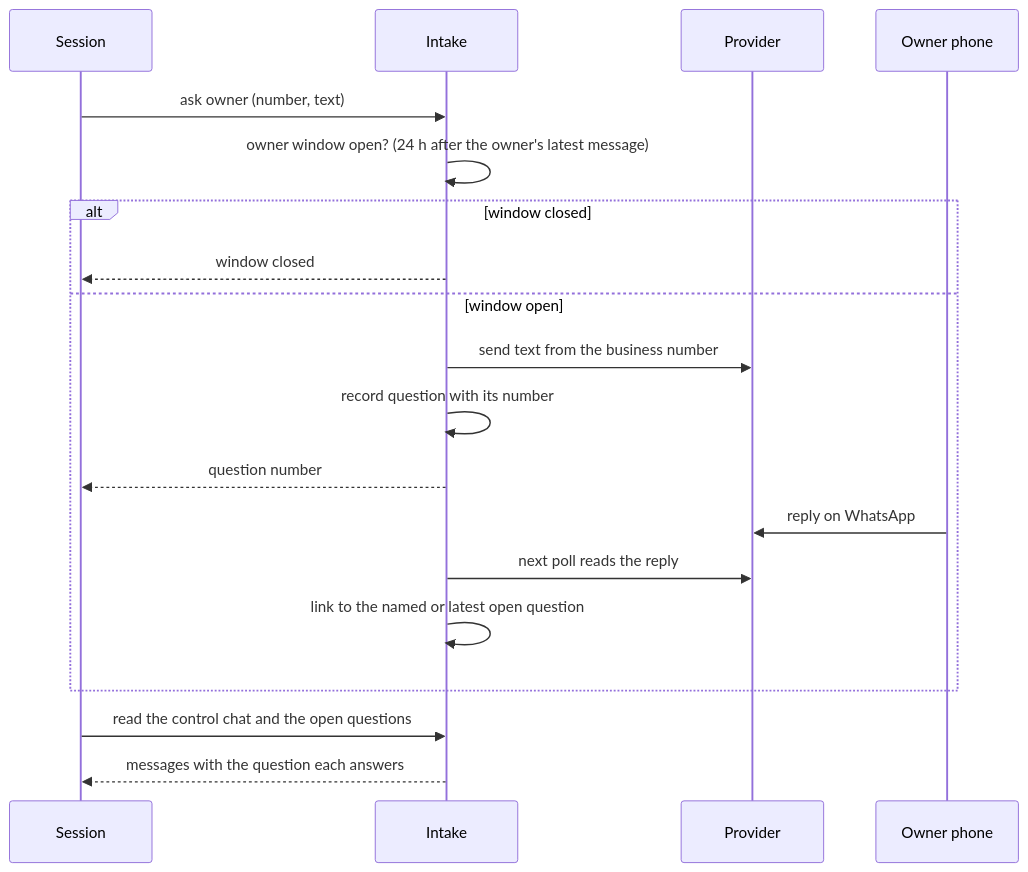
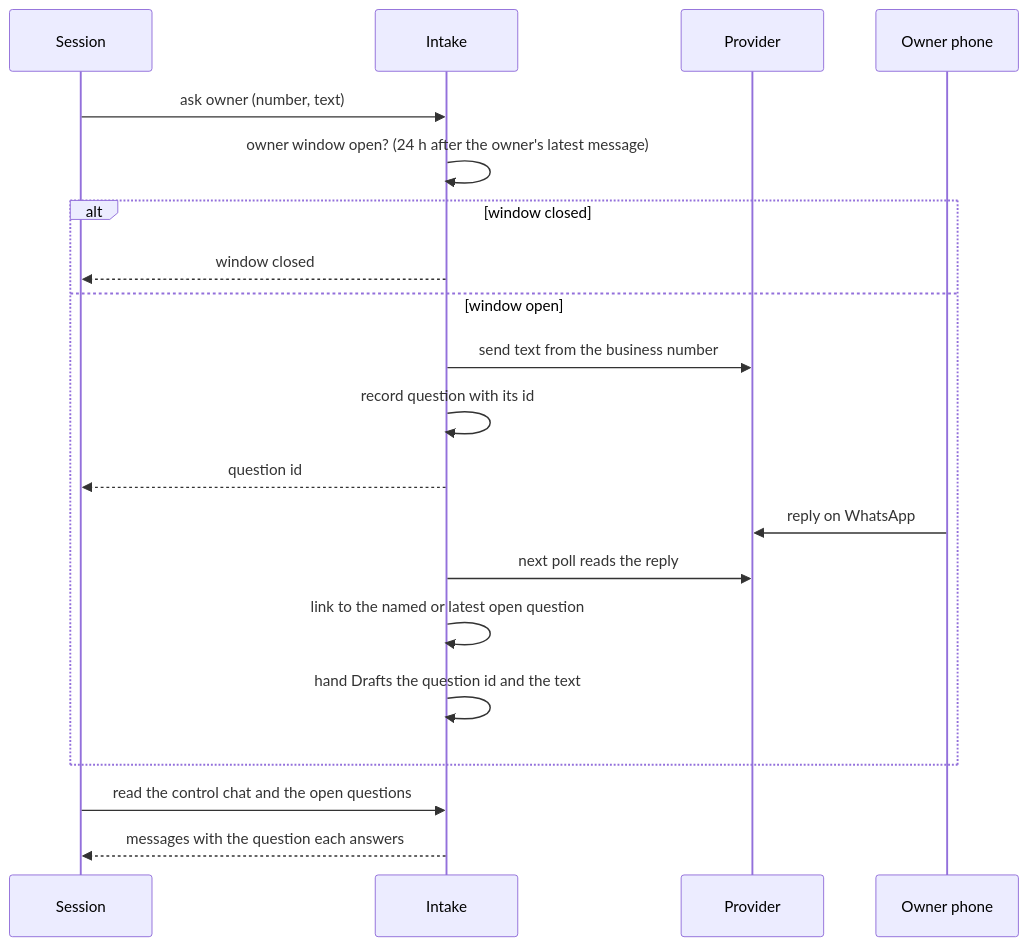
Before and after one commit to antonygiomarxdev/deputy: the second of 2 diagrams in docs/intake/tp/TP-05-pilot-owner-chat-and-tools.md, drawn with Mermaid. The commit also changed other lines of this file and 6 other files, not shown here.

Commit message:
docs: give the question a string id and hand the linked reply to Drafts

````diff
--- a/docs/intake/tp/TP-05-pilot-owner-chat-and-tools.md
+++ b/docs/intake/tp/TP-05-pilot-owner-chat-and-tools.md
@@ -80,21 +80,22 @@
 ```mermaid
 sequenceDiagram
   participant S as Session
   participant I as Intake
   participant P as Provider
   participant O as Owner phone
   S->>I: ask owner (number, text)
   I->>I: owner window open? (24 h after the owner's latest message)
   alt window closed
     I-->>S: window closed
   else window open
     I->>P: send text from the business number
-    I->>I: record question with its number
-    I-->>S: question number
+    I->>I: record question with its id
+    I-->>S: question id
     O->>P: reply on WhatsApp
     I->>P: next poll reads the reply
     I->>I: link to the named or latest open question
+    I->>I: hand Drafts the question id and the text
   end
   S->>I: read the control chat and the open questions
   I-->>S: messages with the question each answers
 ```
````
